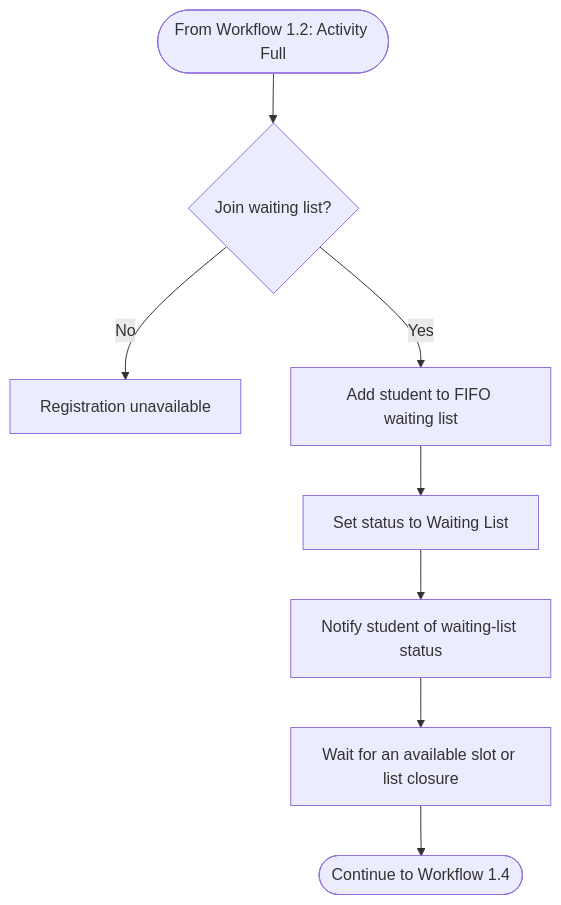
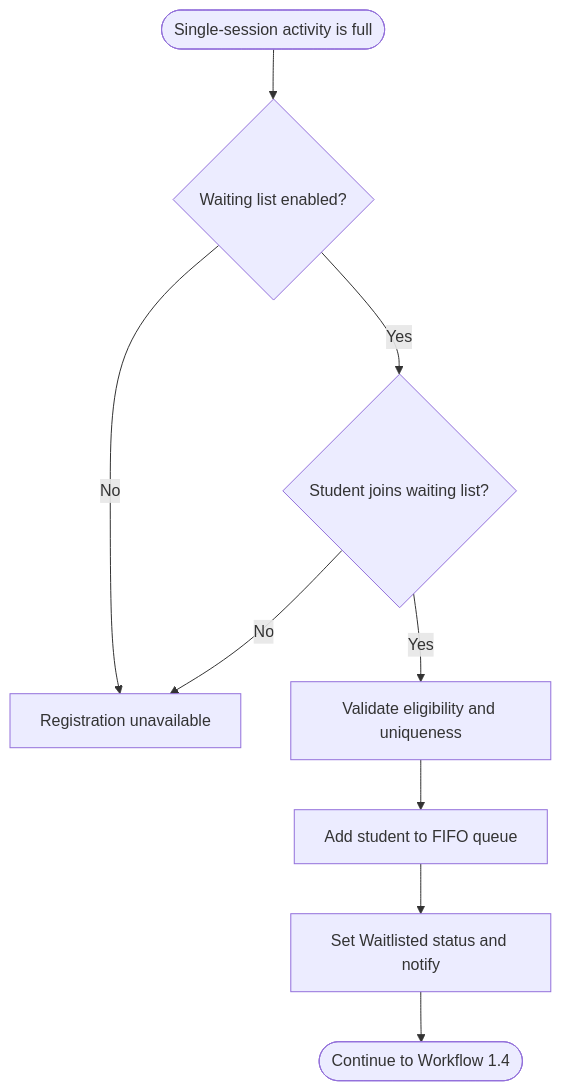
The third of 5 diagrams in docs/requirements/vision-document.md (APCSk24-CS300/cs300-project), drawn with Mermaid before and after one commit. The commit also changed other lines of this file and 3 other files, not shown here.

````diff
--- a/docs/requirements/vision-document.md
+++ b/docs/requirements/vision-document.md
@@ -168,13 +157,11 @@
 ```mermaid
 flowchart TD
-    A([From Workflow 1.2: Activity Full])
-    A --> B{Join waiting list?}
-
+    A([Single-session activity is full]) --> B{Waiting list enabled?}
     B -->|No| C[Registration unavailable]
-    B -->|Yes| I[Add student to FIFO waiting list]
-
-    I --> J[Set status to Waiting List]
-    J --> K[Notify student of waiting-list status]
-    K --> L[Wait for an available slot or list closure]
-    L --> M([Continue to Workflow 1.4])
+    B -->|Yes| D{Student joins waiting list?}
+    D -->|No| C
+    D -->|Yes| E[Validate eligibility and uniqueness]
+    E --> F[Add student to FIFO queue]
+    F --> G[Set Waitlisted status and notify]
+    G --> H([Continue to Workflow 1.4])
 ```
````
